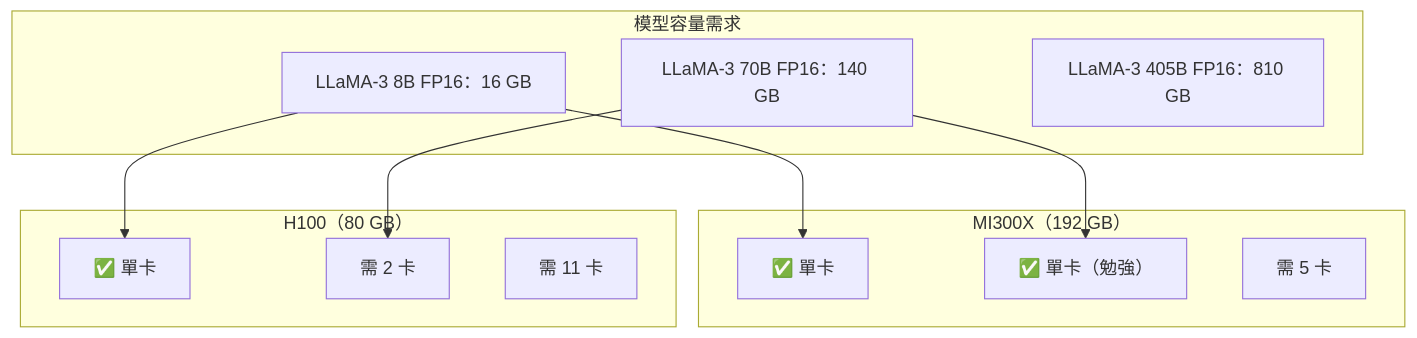
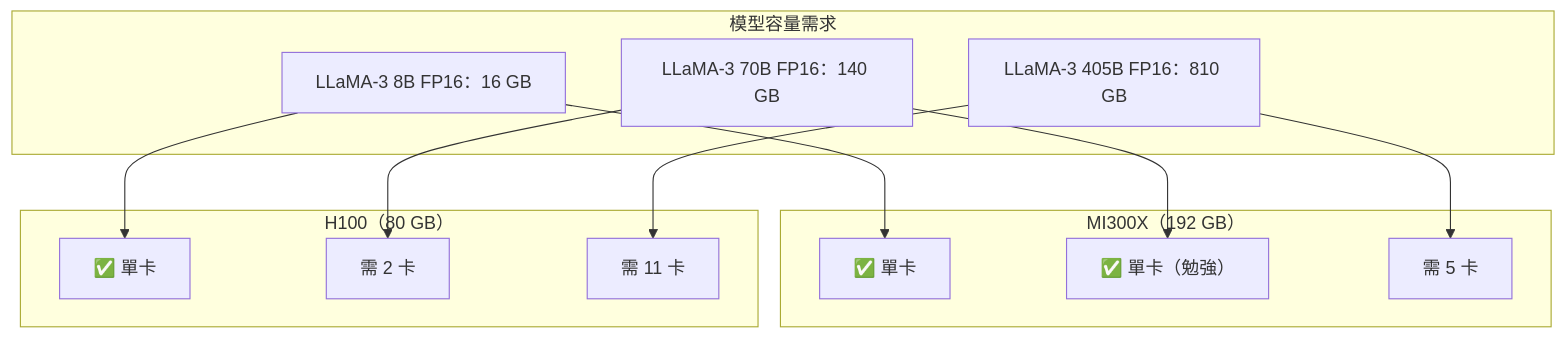
The diagram in docs/gpu/ai-accelerators/mi300x.md (wizardhsiehcom/book), drawn with Mermaid before and after one commit. The commit also changed 12 other files, not shown here.

````diff
--- a/docs/gpu/ai-accelerators/mi300x.md
+++ b/docs/gpu/ai-accelerators/mi300x.md
@@ -18,22 +18,24 @@
 ```mermaid
 flowchart TB
     subgraph "模型容量需求"
         M1["LLaMA-3 8B FP16：16 GB"]
         M2["LLaMA-3 70B FP16：140 GB"]
         M3["LLaMA-3 405B FP16：810 GB"]
     end
     subgraph "MI300X（192 GB）"
         A1["✅ 單卡"]
         A2["✅ 單卡（勉強）"]
         A3["需 5 卡"]
     end
     subgraph "H100（80 GB）"
         N1["✅ 單卡"]
         N2["需 2 卡"]
         N3["需 11 卡"]
     end
     M1 --> A1
     M1 --> N1
     M2 --> A2
     M2 --> N2
+    M3 --> A3
+    M3 --> N3
 ```
````
